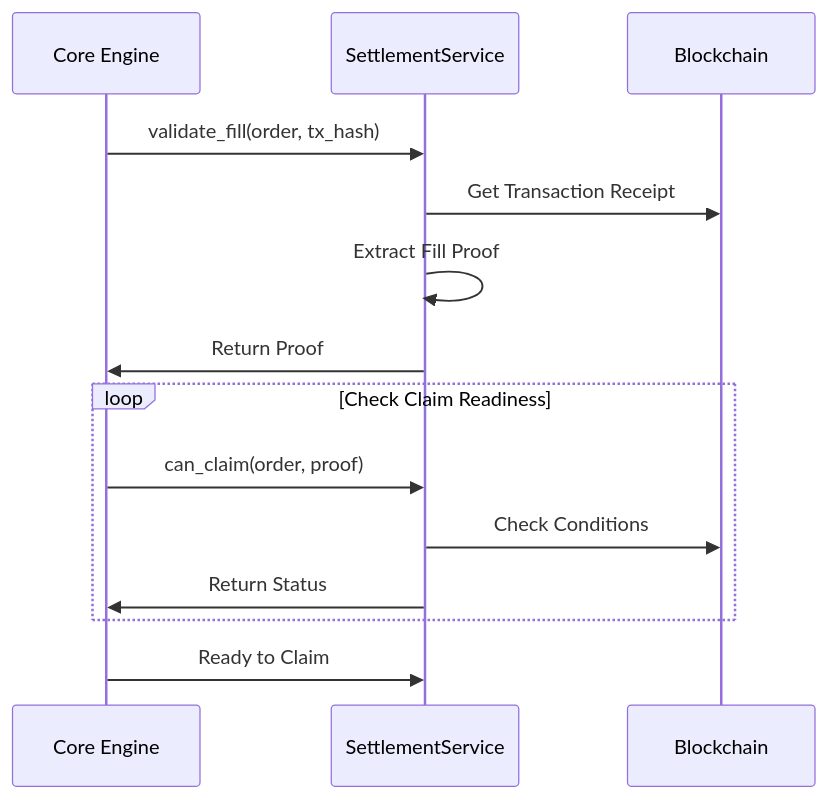
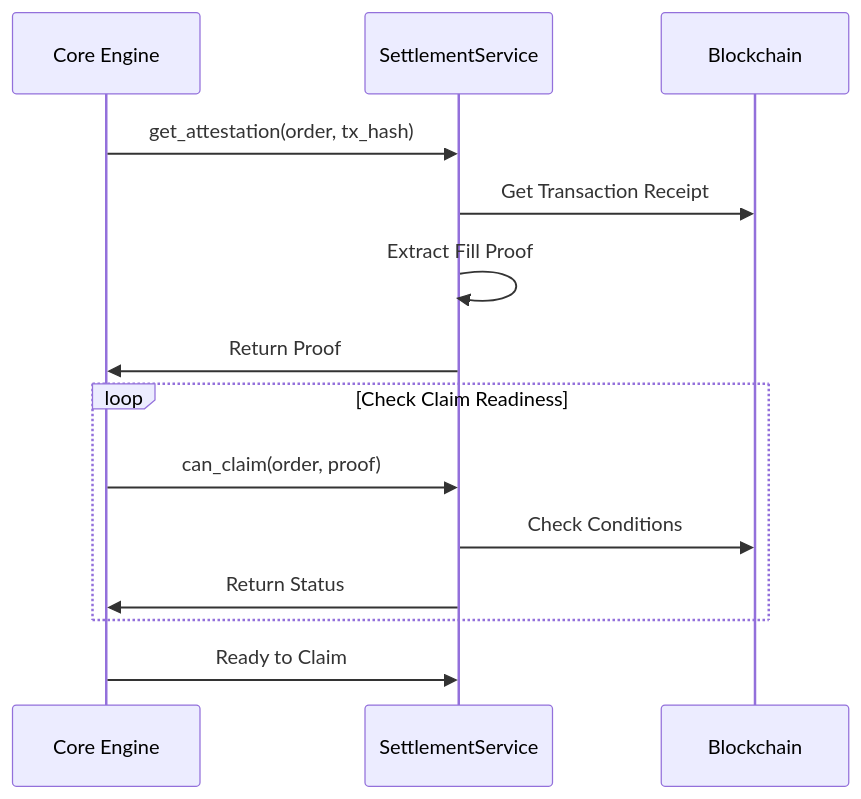
One commit to shahnami/oif-solver changed the fifth of 6 diagrams in OVERVIEW.md. Above: the diagram before and after it, drawn with Mermaid. The commit also changed 9 other files, not shown here.

````diff
--- a/OVERVIEW.md
+++ b/OVERVIEW.md
@@ -151,19 +151,19 @@
 ```mermaid
 sequenceDiagram
     participant Core as Core Engine
     participant Settlement as SettlementService
     participant Chain as Blockchain
 
-    Core->>Settlement: validate_fill(order, tx_hash)
+    Core->>Settlement: get_attestation(order, tx_hash)
     Settlement->>Chain: Get Transaction Receipt
     Settlement->>Settlement: Extract Fill Proof
     Settlement->>Core: Return Proof
 
     loop Check Claim Readiness
         Core->>Settlement: can_claim(order, proof)
         Settlement->>Chain: Check Conditions
         Settlement->>Core: Return Status
     end
 
     Core->>Settlement: Ready to Claim
 ```
````
